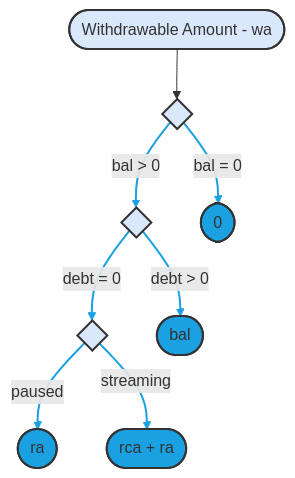
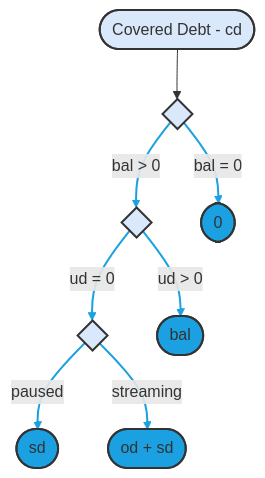
The sixth of 8 diagrams in diagrams.md (sablier-labs/lockup), drawn with Mermaid before and after one commit. The commit also changed other lines of this file and 94 other files, not shown here.

````diff
--- a/diagrams.md
+++ b/diagrams.md
@@ -195,24 +195,24 @@
 ```mermaid
 flowchart TD
     di0{ }:::blue0
     di1{ }:::blue0
     di2{ }:::blue0
-    wa([Withdrawable Amount - wa]):::blue0
+    cd([Covered Debt - cd]):::blue0
     res_0([0 ]):::blue1
     res_bal([bal]):::blue1
-    res_ra([ra]):::blue1
-    res_sum([rca + ra]):::blue1
+    res_sd([sd]):::blue1
+    res_sum([od + sd]):::blue1
 
 
-    wa --> di0
+    cd --> di0
     di0 -- "bal = 0" --> res_0
     di0 -- "bal > 0" --> di1
-    di1 -- "debt > 0" --> res_bal
-    di1 -- "debt = 0" --> di2
-    di2 -- "paused" --> res_ra
+    di1 -- "ud > 0" --> res_bal
+    di1 -- "ud = 0" --> di2
+    di2 -- "paused" --> res_sd
     di2 -- "streaming" --> res_sum
 
     classDef blue0 fill:#DAE8FC,stroke:#333,stroke-width:2px;
     classDef blue1 fill:#1BA1E2,stroke:#333,stroke-width:2px;
     linkStyle 1,2,3,4,5,6 stroke:#1BA1E2,stroke-width:2px
 ```
````
